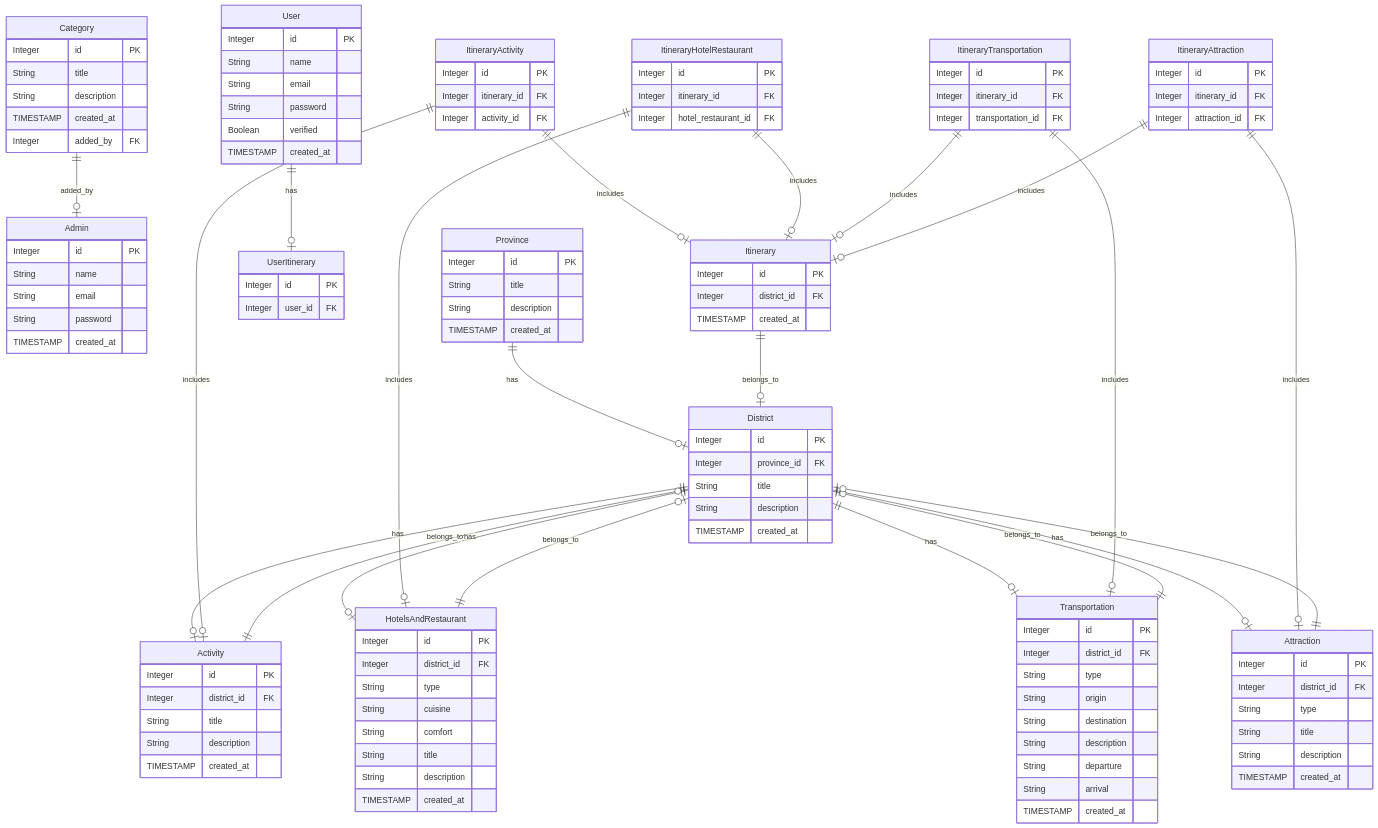
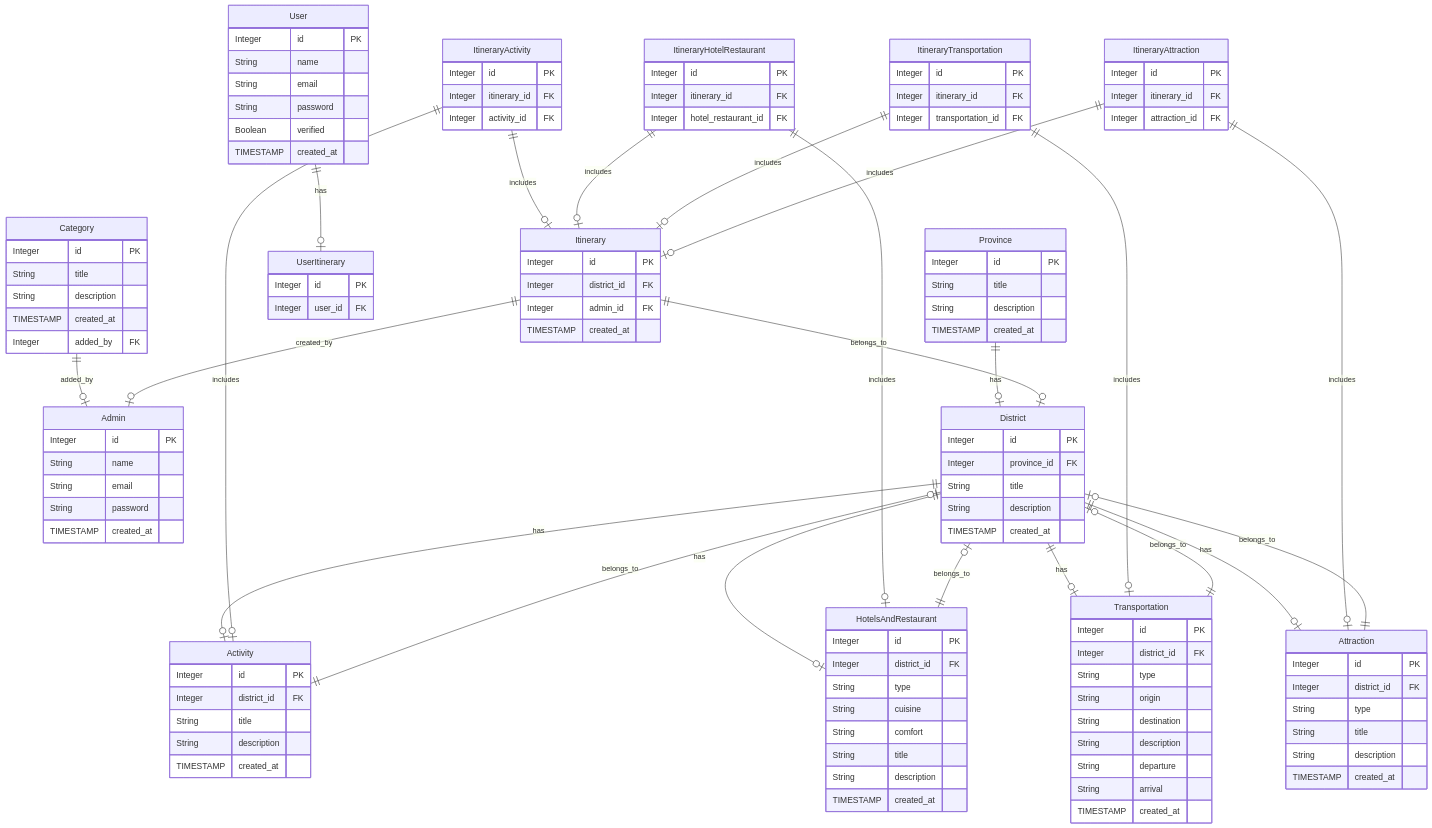
One commit to anuja-rahul/travelsense-backend changed the diagram in README.md. Above: the diagram before and after it, drawn with Mermaid. The commit also changed other lines of this file and 1 other file, not shown here.

````diff
--- a/README.md
+++ b/README.md
@@ -112,6 +112,7 @@
     Itinerary {
         Integer id PK
         Integer district_id FK
+        Integer admin_id FK
         TIMESTAMP created_at
     }
     ItineraryActivity {
@@ -147,6 +148,7 @@
     Attraction ||--o| District : belongs_to
     User ||--o| UserItinerary : has
     Itinerary ||--o| District : belongs_to
+    Itinerary ||--o| Admin : created_by
     ItineraryActivity ||--o| Itinerary : includes
     ItineraryActivity ||--o| Activity : includes
     ItineraryHotelRestaurant ||--o| Itinerary : includes
@@ -156,4 +158,5 @@
     ItineraryAttraction ||--o| Itinerary : includes
     ItineraryAttraction ||--o| Attraction : includes
 
+
 ```
````
